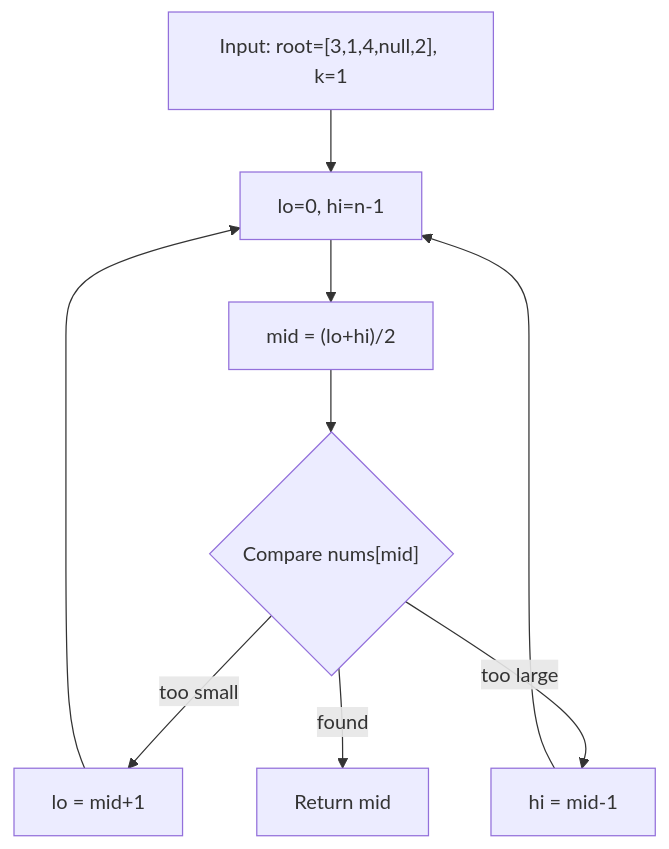
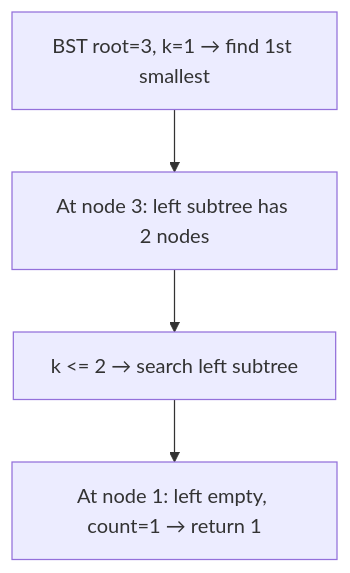
Before and after one commit to Strangedip/PREP: the fifth of 6 diagrams in 02_DSA/09_Binary_Search_Tree/KthSmallestElementBST/KthSmallestElementBST.md, drawn with Mermaid. The commit also changed 55 other files, not shown here.

````diff
--- a/02_DSA/09_Binary_Search_Tree/KthSmallestElementBST/KthSmallestElementBST.md
+++ b/02_DSA/09_Binary_Search_Tree/KthSmallestElementBST/KthSmallestElementBST.md
@@ -334,12 +334,7 @@
 ```mermaid
 flowchart TD
-    START["Input: root=[3,1,4,null,2], k=1"]
-    START --> BOUNDS["lo=0, hi=n-1"]
-    BOUNDS --> MID["mid = (lo+hi)/2"]
-    MID --> CMP{"Compare nums[mid]"}
-    CMP -->|too small| LO["lo = mid+1"]
-    CMP -->|too large| HI["hi = mid-1"]
-    CMP -->|found| DONE["Return mid"]
-    LO --> BOUNDS
-    HI --> BOUNDS
+    START["BST root=3, k=1 → find 1st smallest"]
+    START --> ROOT["At node 3: left subtree has 2 nodes"]
+    ROOT --> LEFT["k <= 2 → search left subtree"]
+    LEFT --> NODE1["At node 1: left empty, count=1 → return 1"]
 ```
````
